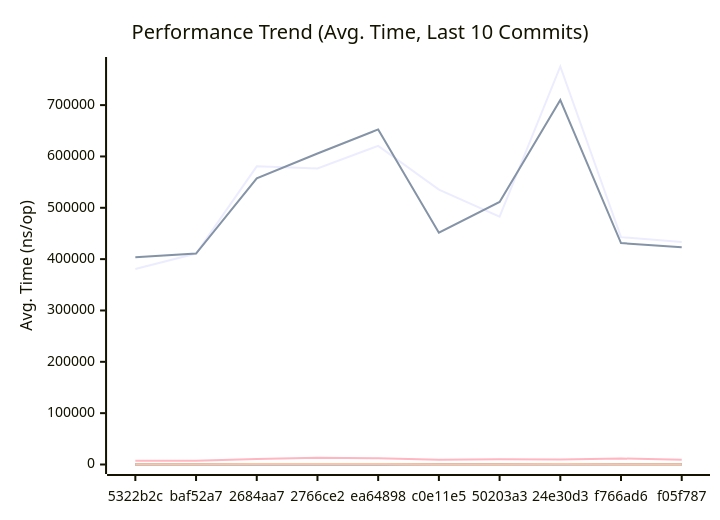
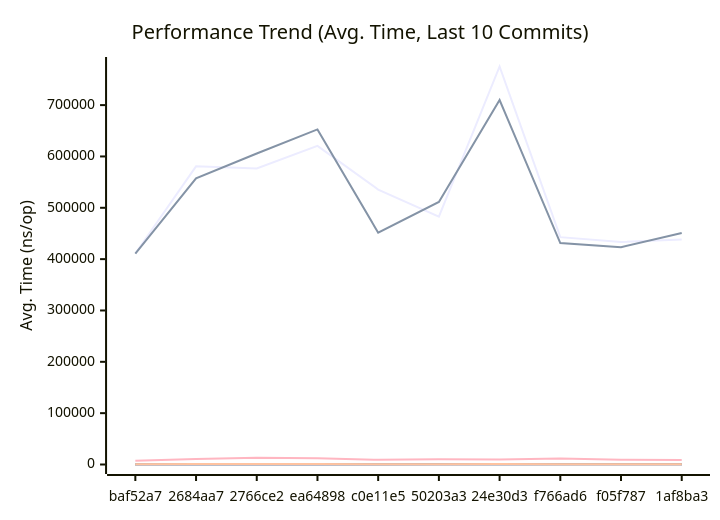
One commit to alsotoes/momo changed the first of 3 diagrams in docs/PERFORMANCE.md. Above: the diagram before and after it, drawn with Mermaid. The commit also changed other lines of this file and 4 other files, not shown here.

````diff
--- a/docs/PERFORMANCE.md
+++ b/docs/PERFORMANCE.md
@@ -145,20 +145,20 @@
 ```mermaid
 xychart-beta
     title "Performance Trend (Avg. Time, Last 10 Commits)"
     x-axis "Commit"
     y-axis "Avg. Time (ns/op)"
-    x-axis [5322b2c,baf52a7,2684aa7,2766ce2,ea64898,c0e11e5,50203a3,24e30d3,f766ad6,f05f787]
-    line "AWSChunkedReaderSigned" [380899,410944,580705,576464,620631,535526,482680,775197,442836,433269]
-    line "AWSChunkedReaderUnsigned" [403705,410907,557512,605728,652637,451534,511362,709921,431233,423356]
-    line "CheckMetricsAndSwap" [9,7,10,11,10,9,10,9,8,8]
-    line "CrushOptimized" [296,264,368,415,420,335,311,403,380,323]
-    line "CrushOriginal" [375,370,598,664,874,456,584,546,566,539]
-    line "IndexDirectTracking" [0,0,0,0,0,1,0,0,0,0]
-    line "IndexSearch" [3,3,3,4,3,3,3,3,3,3]
-    line "LoadGlobalConfig" [7234,7096,10842,13042,12014,9184,10419,9722,11718,9120]
-    line "PadString" [35,34,55,63,56,46,48,53,45,44]
+    x-axis [baf52a7,2684aa7,2766ce2,ea64898,c0e11e5,50203a3,24e30d3,f766ad6,f05f787,1af8ba3]
+    line "AWSChunkedReaderSigned" [410944,580705,576464,620631,535526,482680,775197,442836,433269,438134]
+    line "AWSChunkedReaderUnsigned" [410907,557512,605728,652637,451534,511362,709921,431233,423356,450983]
+    line "CheckMetricsAndSwap" [7,10,11,10,9,10,9,8,8,8]
+    line "CrushOptimized" [264,368,415,420,335,311,403,380,323,302]
+    line "CrushOriginal" [370,598,664,874,456,584,546,566,539,422]
+    line "IndexDirectTracking" [0,0,0,0,1,0,0,0,0,0]
+    line "IndexSearch" [3,3,4,3,3,3,3,3,3,3]
+    line "LoadGlobalConfig" [7096,10842,13042,12014,9184,10419,9722,11718,9120,8676]
+    line "PadString" [34,55,63,56,46,48,53,45,44,40]
     line "ParseReplicationOrder_NoPrealloc" [350,349,357,354,345,225,229,165,232,234]
     line "ParseReplicationOrder_Prealloc" [229,231,237,234,229,108,107,80,110,109]
-    line "SanitizeLog/Safe" [398,379,530,569,614,504,554,457,620,444]
-    line "SanitizeLog/Unsafe" [482,537,734,816,804,636,638,832,535,520]
+    line "SanitizeLog/Safe" [379,530,569,614,504,554,457,620,444,495]
+    line "SanitizeLog/Unsafe" [537,734,816,804,636,638,832,535,520,544]
 ```
````
